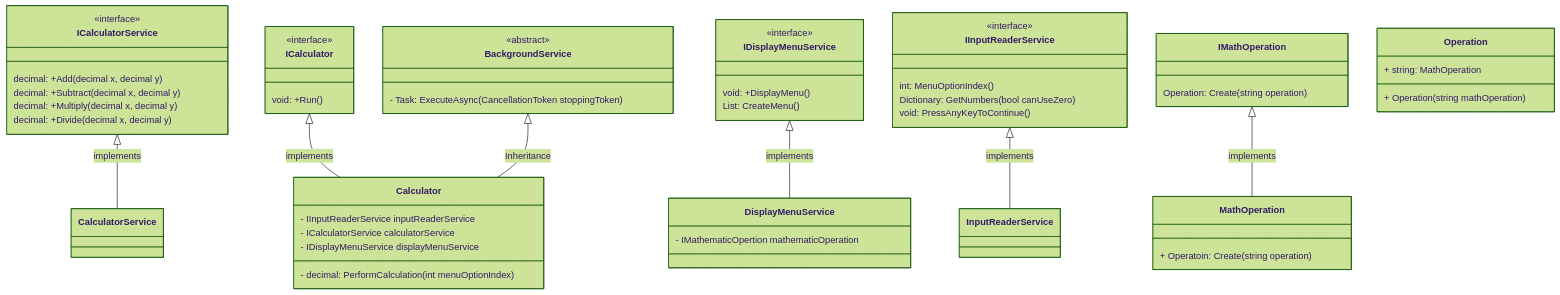
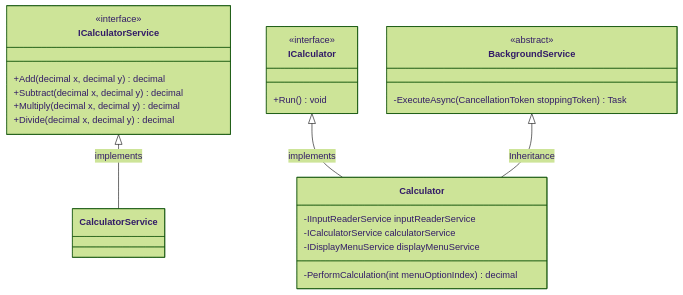
Before and after one commit to thistlehouse/gwcloud-training: the first of 4 diagrams in DependencyInjection/ClassesDiagram.md, drawn with Mermaid (forest theme).

Commit message:
grouped classes by 2 per line

````diff
--- a/DependencyInjection/ClassesDiagram.md
+++ b/DependencyInjection/ClassesDiagram.md
@@ -1,72 +1,35 @@
 ```mermaid
 classDiagram
-class ICalculatorService {
-    <<interface>> 
-    decimal: +Add(decimal x, decimal y)
-    decimal: +Subtract(decimal x, decimal y)
-    decimal: +Multiply(decimal x, decimal y)
-    decimal: +Divide(decimal x, decimal y)
-} 
-    
+    class ICalculatorService {
+        <<interface>> 
+        +Add(decimal x, decimal y) decimal
+        +Subtract(decimal x, decimal y) decimal
+        +Multiply(decimal x, decimal y) decimal
+        +Divide(decimal x, decimal y) decimal
+    } 
+        
     class CalculatorService {
 
     }
 
     class ICalculator {
         <<interface>> 
-        void: +Run()
+        +Run() void
     }
 
     class Calculator {
-        - IInputReaderService inputReaderService
-        - ICalculatorService calculatorService
-        - IDisplayMenuService displayMenuService
-        - decimal: PerformCalculation(int menuOptionIndex)
+        -IInputReaderService inputReaderService
+        -ICalculatorService calculatorService
+        -IDisplayMenuService displayMenuService
+        -PerformCalculation(int menuOptionIndex) decimal
     }
 
     class BackgroundService {
         <<abstract>>
-        - Task: ExecuteAsync(CancellationToken stoppingToken)
-    }
-
-    class IDisplayMenuService {
-        <<interface>> 
-        void: +DisplayMenu()
-        List<Operation>: CreateMenu()
-    }
-
-    class DisplayMenuService {
-        - IMathematicOpertion mathematicOperation
-    }
-
-    class IInputReaderService {
-        <<interface>> 
-        int: MenuOptionIndex()
-        Dictionary<string, decimal>: GetNumbers(bool canUseZero)
-        void: PressAnyKeyToContinue()
-    }
-
-    class InputReaderService {
-
-    }
-
-    class IMathOperation {
-        Operation: Create(string operation)
-    }
-
-    class MathOperation {
-        + Operatoin: Create(string operation)
-    }
-
-    class Operation {
-        + string: MathOperation
-        + Operation(string mathOperation)
+        -ExecuteAsync(CancellationToken stoppingToken) Task
     }
 
     ICalculatorService <|--  CalculatorService : implements
     ICalculator <|-- Calculator : implements
-    IDisplayMenuService <|-- DisplayMenuService : implements
-    IInputReaderService <|-- InputReaderService : implements
-    IMathOperation <|-- MathOperation : implements
     BackgroundService <|-- Calculator : Inheritance
 ```
````
